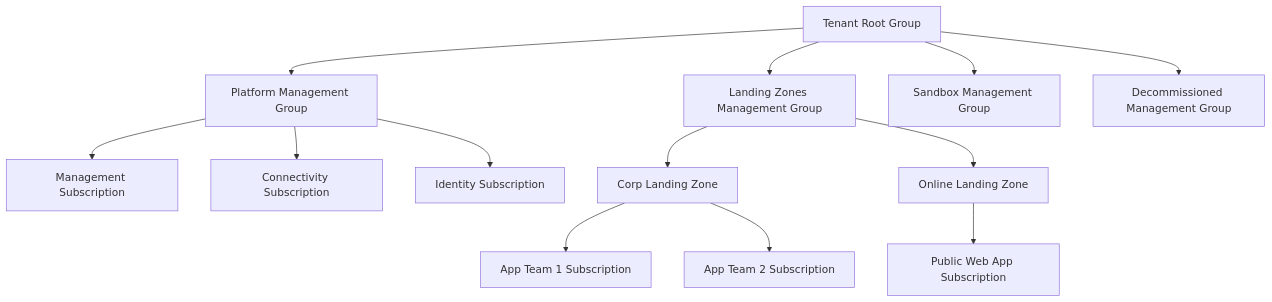
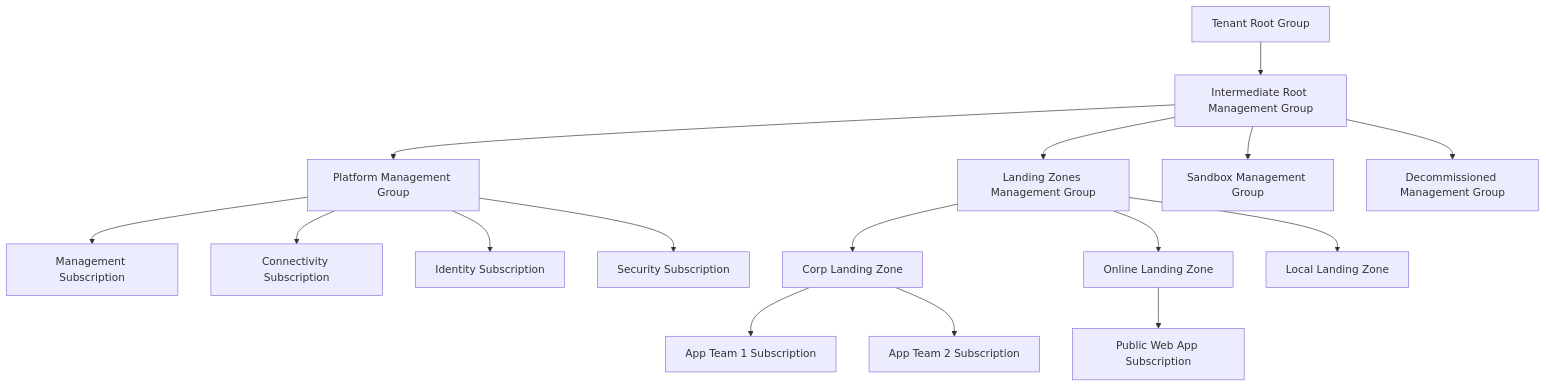
The diagram in posts/2026-02-16-how-to-set-up-azure-landing-zones-using-the-cloud-adoption-framework/README.md (OneUptime/blog), drawn with Mermaid before and after one commit. The commit also changed other lines of this file and 2 other files, not shown here.

Commit message:
validate: 2026-02-16-how-to-set-up-azure-landing-zones-using-the-cloud-adoption-framework

````diff
--- a/posts/2026-02-16-how-to-set-up-azure-landing-zones-using-the-cloud-adoption-framework/README.md
+++ b/posts/2026-02-16-how-to-set-up-azure-landing-zones-using-the-cloud-adoption-framework/README.md
@@ -25,19 +25,22 @@
 ```mermaid
 graph TD
-    ROOT[Tenant Root Group] --> PLATFORM[Platform Management Group]
-    ROOT --> WORKLOADS[Landing Zones Management Group]
-    ROOT --> SANDBOX[Sandbox Management Group]
-    ROOT --> DECOMMISSIONED[Decommissioned Management Group]
+    ROOT[Tenant Root Group] --> ALZ[Intermediate Root Management Group]
+    ALZ --> PLATFORM[Platform Management Group]
+    ALZ --> WORKLOADS[Landing Zones Management Group]
+    ALZ --> SANDBOX[Sandbox Management Group]
+    ALZ --> DECOMMISSIONED[Decommissioned Management Group]
 
     PLATFORM --> MGMT[Management Subscription]
     PLATFORM --> CONN[Connectivity Subscription]
     PLATFORM --> IDENTITY[Identity Subscription]
+    PLATFORM --> SECURITY[Security Subscription]
 
     WORKLOADS --> CORP[Corp Landing Zone]
     WORKLOADS --> ONLINE[Online Landing Zone]
+    WORKLOADS --> LOCAL[Local Landing Zone]
 
     CORP --> SUB1[App Team 1 Subscription]
     CORP --> SUB2[App Team 2 Subscription]
 
     ONLINE --> SUB3[Public Web App Subscription]
 ```
````
